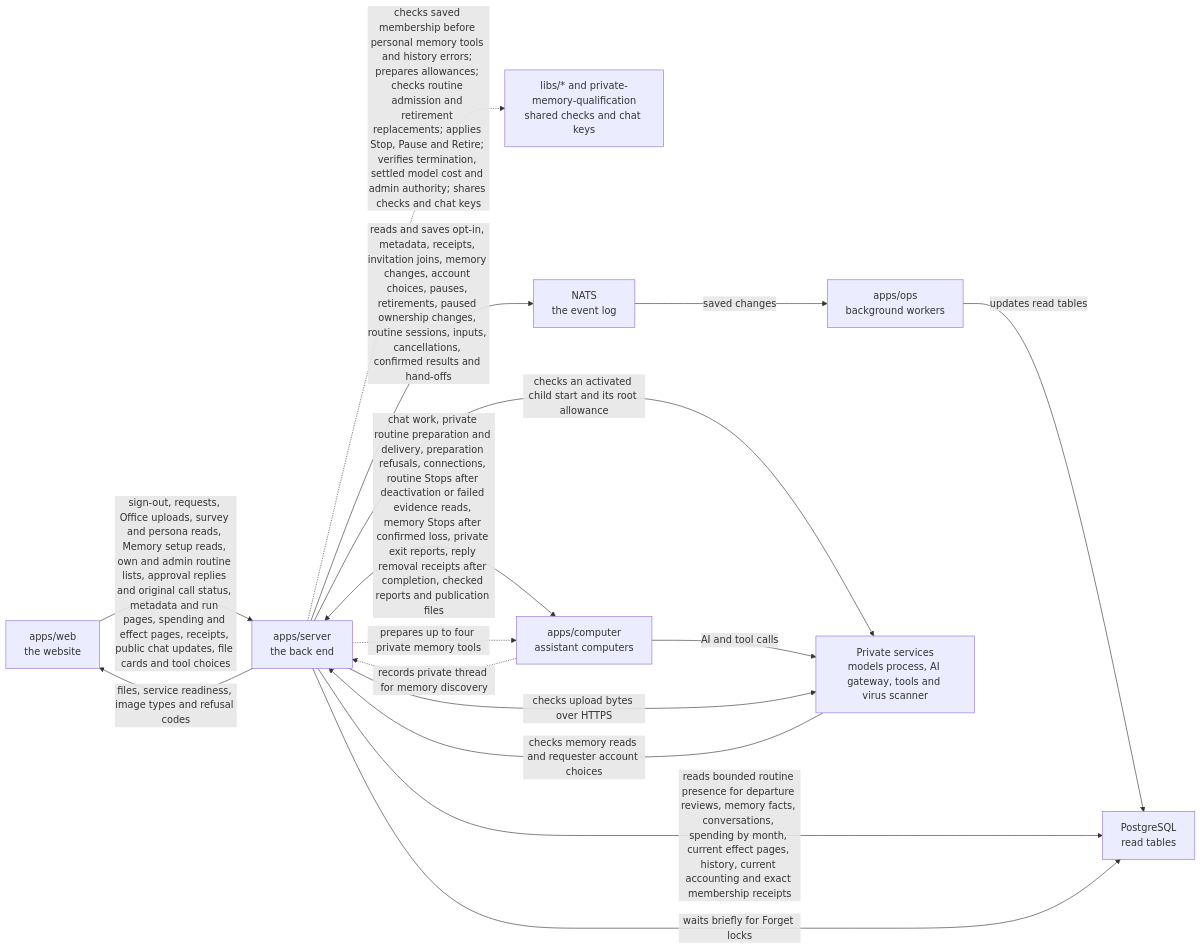
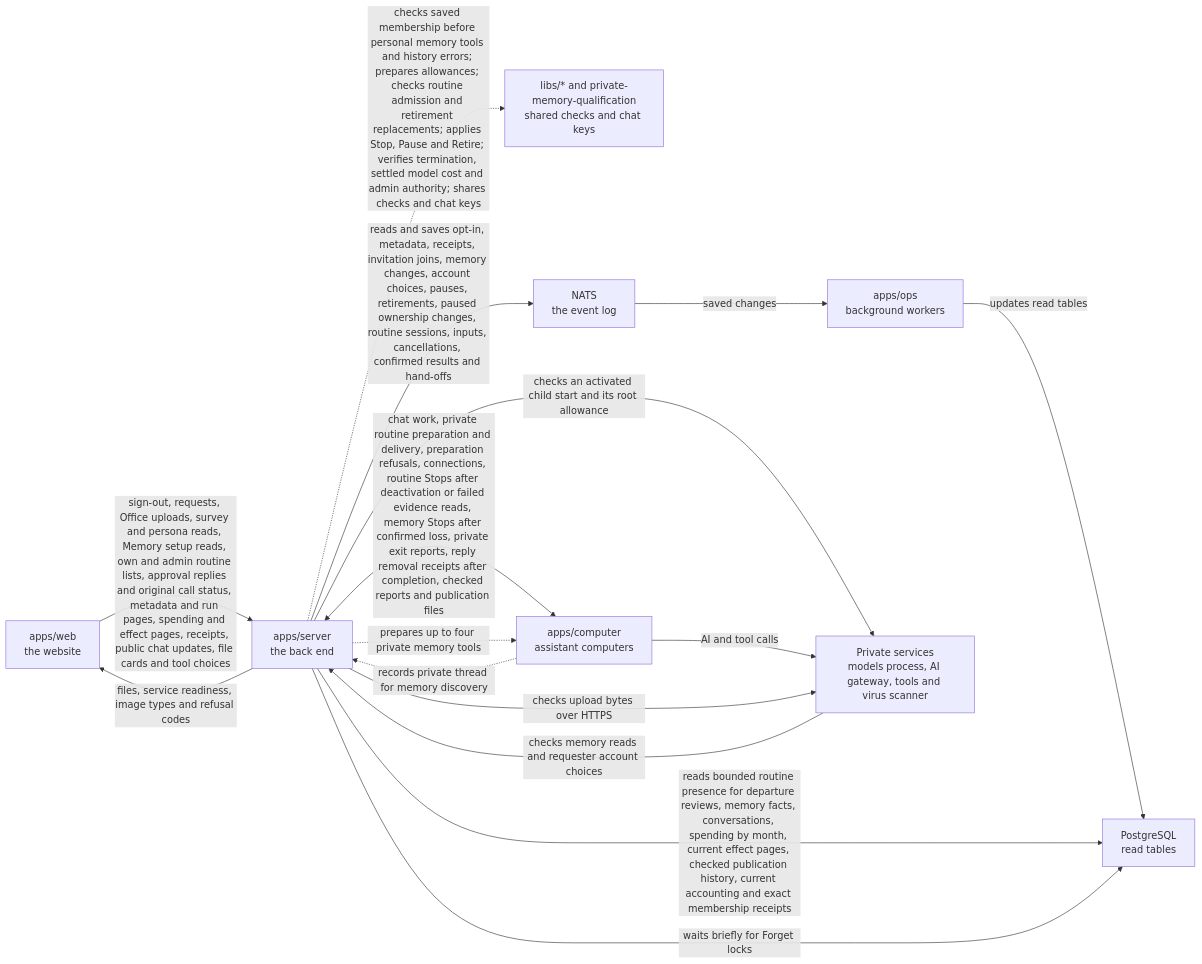
The diagram in apps/server/README.md (elewa-git/opencrane-new), drawn with Mermaid before and after one commit. The commit also changed other lines of this file and 20 other files, not shown here.

````diff
--- a/apps/server/README.md
+++ b/apps/server/README.md
@@ -204,18 +209,18 @@
 ```mermaid
 flowchart LR
   web["apps/web<br/>the website"] -->|sign-out, requests, Office uploads, survey and persona reads, Memory setup reads, own and admin routine lists, approval replies and original call status, metadata and run pages, spending and effect pages, receipts, public chat updates, file cards and tool choices| server["apps/server<br/>the back end"]
   server -.->|checks saved membership before personal memory tools and history errors; prepares allowances; checks routine admission and retirement replacements; applies Stop, Pause and Retire; verifies termination, settled model cost and admin authority; shares checks and chat keys| libs["libs/* and private-memory-qualification<br/>shared checks and chat keys"]
   server -->|reads and saves opt-in, metadata, receipts, invitation joins, memory changes, account choices, pauses, retirements, paused ownership changes, routine sessions, inputs, cancellations, confirmed results and hand-offs| nats["NATS<br/>the event log"]
   nats -->|saved changes| ops["apps/ops<br/>background workers"]
   ops -->|updates read tables| postgres["PostgreSQL<br/>read tables"]
-  server -->|reads bounded routine presence for departure reviews, memory facts, conversations, spending by month, current effect pages, history, current accounting and exact membership receipts| postgres
+  server -->|reads bounded routine presence for departure reviews, memory facts, conversations, spending by month, current effect pages, checked publication history, current accounting and exact membership receipts| postgres
   server -->|waits briefly for Forget locks| postgres
   server <-->|chat work, private routine preparation and delivery, preparation refusals, connections, routine Stops after deactivation or failed evidence reads, memory Stops after confirmed loss, private exit reports, reply removal receipts after completion, checked reports and publication files| computer["apps/computer<br/>assistant computers"]
   server -->|checks an activated child start and its root allowance| runtime
   computer -.->|records private thread for memory discovery| server
   server -.->|prepares up to four private memory tools| computer
   computer -->|AI and tool calls| runtime["Private services<br/>models process, AI gateway, tools and virus scanner"]
   server -->|files, service readiness, image types and refusal codes| web
   server -->|checks upload bytes over HTTPS| runtime
   runtime -->|checks memory reads and requester account choices| server
 ```
````
